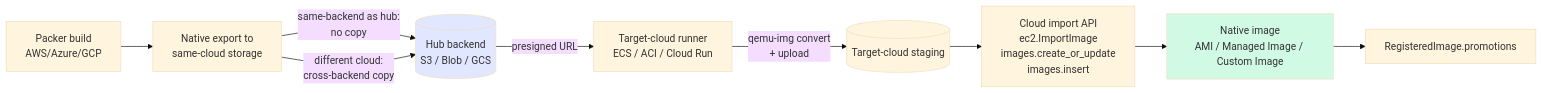
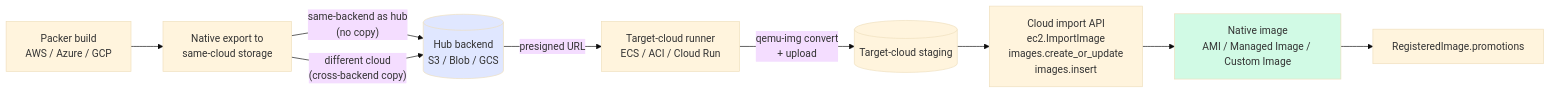
The diagram in docs/image-management.md (Weaverlab-xyz/vm-dashboard-community), drawn with Mermaid (base theme) before and after one commit.

Commit message:
docs(image-management): quote mermaid labels so GitHub renders the diagram
GitHub's mermaid renderer was choking on the flowchart and falling
back to displaying the fenced block as raw text. Three small
robustness fixes:

  * Every node label now wrapped in "..." so embedded <br/> and `/`
    don't confuse the parser. Unquoted node labels with HTML breaks
    plus slashes are the most common cause of "shows as code" in
    GitHub's mermaid integration.
  * Edge labels switched from the pipe form
        a -->|label| b
    to the explicit-string form
        a -- "label" --> b
    which handles multi-character labels containing <br/> more
    reliably across mermaid versions.
  * Renamed `import` node to `imp` to side-step any reserved-name
    edge cases in mermaid's grammar.

No content changes — same nodes, same edges, same colours. This is
purely a syntax-robustness pass.

````diff
--- a/docs/image-management.md
+++ b/docs/image-management.md
@@ -136,13 +136,13 @@
 ```mermaid
 flowchart LR
-    build[Packer build<br/>AWS/Azure/GCP] --> export[Native export to<br/>same-cloud storage]
-    export -->|same-backend as hub:<br/>no copy| hub[(Hub backend<br/>S3 / Blob / GCS)]
-    export -->|different cloud:<br/>cross-backend copy| hub
-    hub -->|presigned URL| runner[Target-cloud runner<br/>ECS / ACI / Cloud Run]
-    runner -->|qemu-img convert<br/>+ upload| staging[(Target-cloud staging)]
-    staging --> import[Cloud import API<br/>ec2.ImportImage<br/>images.create_or_update<br/>images.insert]
-    import --> ami[Native image<br/>AMI / Managed Image / Custom Image]
-    ami --> promo[RegisteredImage.promotions]
+    build["Packer build<br/>AWS / Azure / GCP"] --> export["Native export to<br/>same-cloud storage"]
+    export -- "same-backend as hub<br/>(no copy)" --> hub[("Hub backend<br/>S3 / Blob / GCS")]
+    export -- "different cloud<br/>(cross-backend copy)" --> hub
+    hub -- "presigned URL" --> runner["Target-cloud runner<br/>ECS / ACI / Cloud Run"]
+    runner -- "qemu-img convert<br/>+ upload" --> staging[("Target-cloud staging")]
+    staging --> imp["Cloud import API<br/>ec2.ImportImage<br/>images.create_or_update<br/>images.insert"]
+    imp --> ami["Native image<br/>AMI / Managed Image / Custom Image"]
+    ami --> promo["RegisteredImage.promotions"]
     style hub fill:#e0e7ff
     style ami fill:#d1fae5
 ```
````
